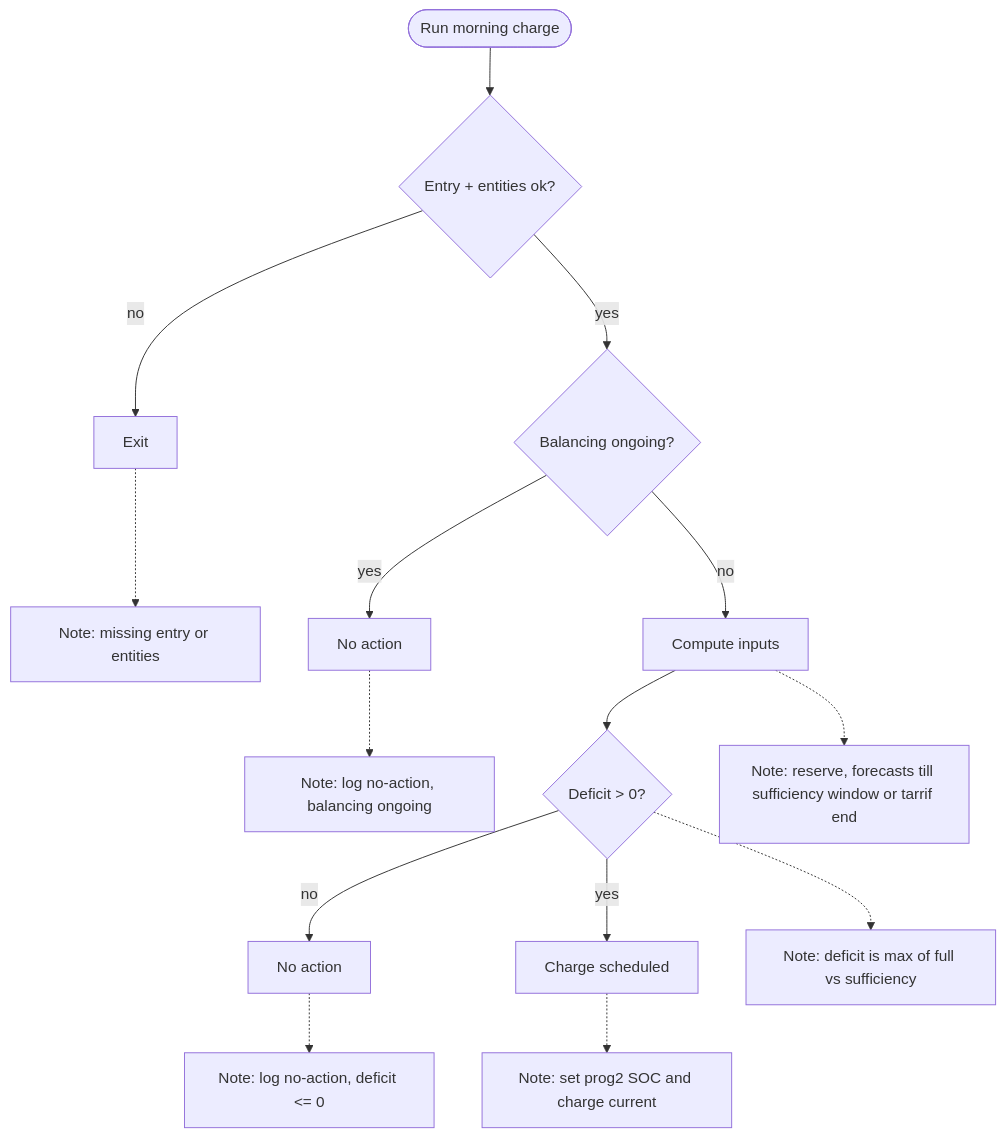
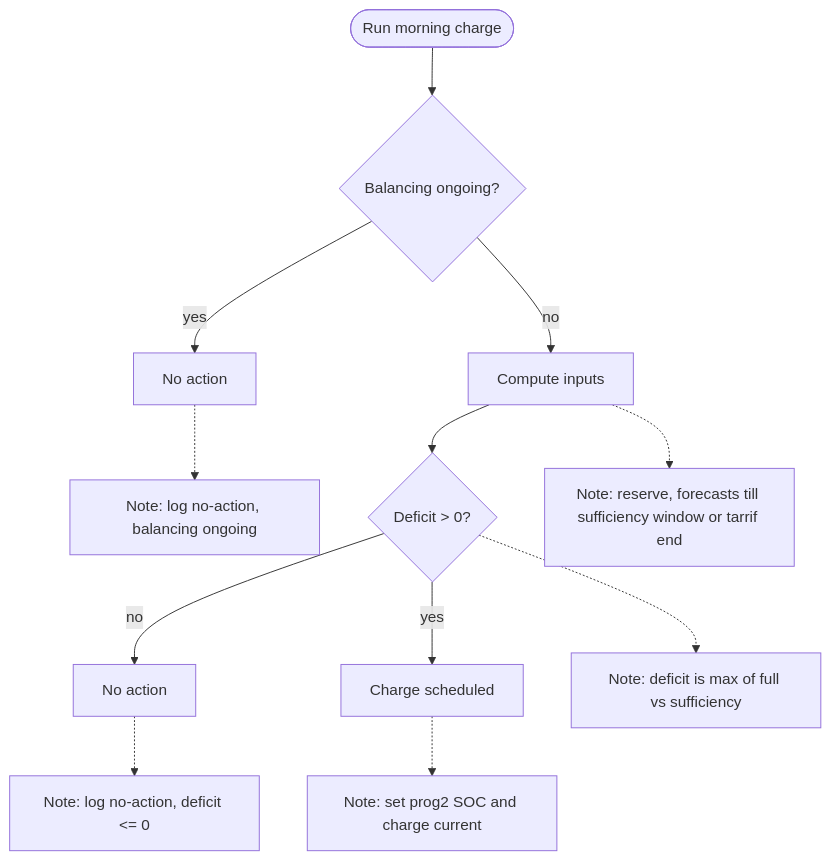
The diagram in docs/Morning_Charge_Action.md (plebann/EnergyOptimizer), drawn with Mermaid before and after one commit. The commit also changed 2 other files, not shown here.

Commit message:
refactor: Update afternoon charge logic to handle zero or negative energy requirements and improve flowchart documentation for clarity

````diff
--- a/docs/Morning_Charge_Action.md
+++ b/docs/Morning_Charge_Action.md
@@ -47,17 +47,14 @@
 ```mermaid
 flowchart TD
-   MC_start([Run morning charge]) --> MC_pre{Entry + entities ok?}
-   MC_pre -->|no| MC_exit[Exit]
-   MC_pre -->|yes| MC_balancing{Balancing ongoing?}
+   MC_start([Run morning charge]) --> MC_balancing{Balancing ongoing?}
    MC_balancing -->|yes| MC_exit_balancing[No action]
    MC_balancing -->|no| MC_inputs[Compute inputs]
    MC_inputs --> MC_deficit{Deficit > 0?}
    MC_deficit -->|no| MC_no_action[No action]
    MC_deficit -->|yes| MC_charge[Charge scheduled]
-   MC_exit -.-> MC_exit_note[Note: missing entry or entities]
    MC_exit_balancing -.-> MC_exit_balancing_note[Note: log no-action, balancing ongoing]
    MC_inputs -.-> MC_inputs_note[Note: reserve, forecasts till sufficiency window or tarrif end]
    MC_deficit -.-> MC_deficit_note[Note: deficit is max of full vs sufficiency]
    MC_no_action -.-> MC_no_action_note[Note: log no-action, deficit <= 0]
    MC_charge -.-> MC_charge_note[Note: set prog2 SOC and charge current]
 ```
````
